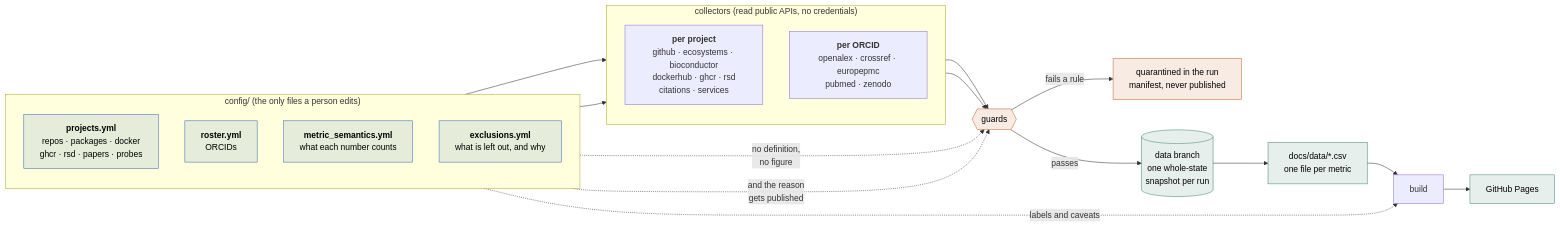
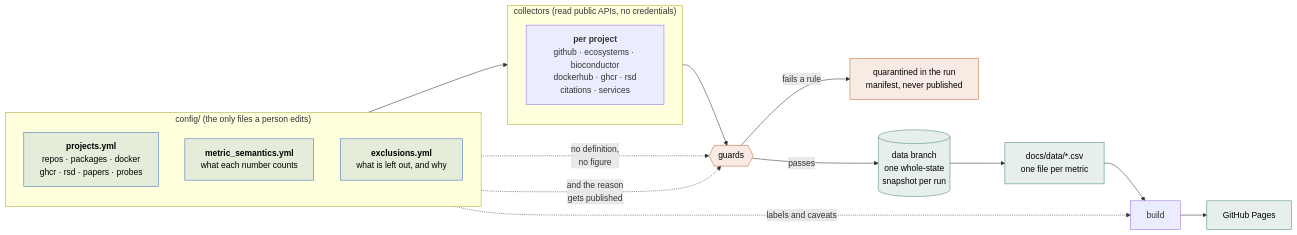
The diagram in README.md (TGX-UM/tgx-outputs), drawn with Mermaid before and after one commit. The commit also changed other lines of this file and 22 other files, not shown here.

````diff
--- a/README.md
+++ b/README.md
@@ -26,37 +32,33 @@
 ```mermaid
 flowchart LR
     subgraph edit["config/ (the only files a person edits)"]
         direction TB
         proj["<b>projects.yml</b><br/>repos · packages · docker<br/>ghcr · rsd · papers · probes"]
-        ros["<b>roster.yml</b><br/>ORCIDs"]
         sem["<b>metric_semantics.yml</b><br/>what each number counts"]
         exc["<b>exclusions.yml</b><br/>what is left out, and why"]
     end
 
     subgraph coll["collectors (read public APIs, no credentials)"]
         direction TB
         tools["<b>per project</b><br/>github · ecosystems · bioconductor<br/>dockerhub · ghcr · rsd<br/>citations · services"]
-        pubs["<b>per ORCID</b><br/>openalex · crossref · europepmc<br/>pubmed · zenodo"]
     end
 
     proj --> tools
-    ros --> pubs
     tools --> guards{{guards}}
-    pubs --> guards
     sem -. "no definition,<br/>no figure" .-> guards
     exc -. "and the reason<br/>gets published" .-> guards
 
     guards -- "fails a rule" --> quar["quarantined in the run<br/>manifest, never published"]
     guards -- passes --> snap[("data branch<br/>one whole-state<br/>snapshot per run")]
     snap --> csv["docs/data/*.csv<br/>one file per metric"]
     csv --> build["build"]
     sem -. "labels and caveats" .-> build
     build --> site["GitHub Pages"]
 
     classDef cfg fill:#3d6fb422,stroke:#3d6fb4,color:#000
     classDef gate fill:#c26a3a22,stroke:#c26a3a,color:#000
     classDef out fill:#4a8a7222,stroke:#4a8a72,color:#000
-    class proj,ros,sem,exc cfg
+    class proj,sem,exc cfg
     class guards,quar gate
     class snap,csv,site out
 ```
````
